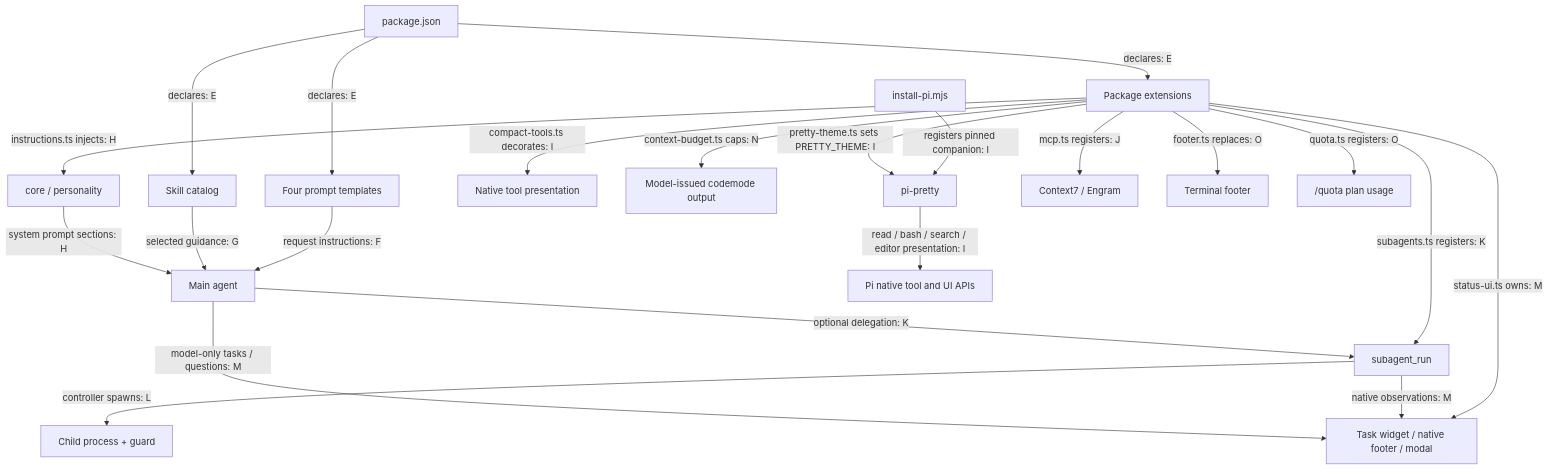
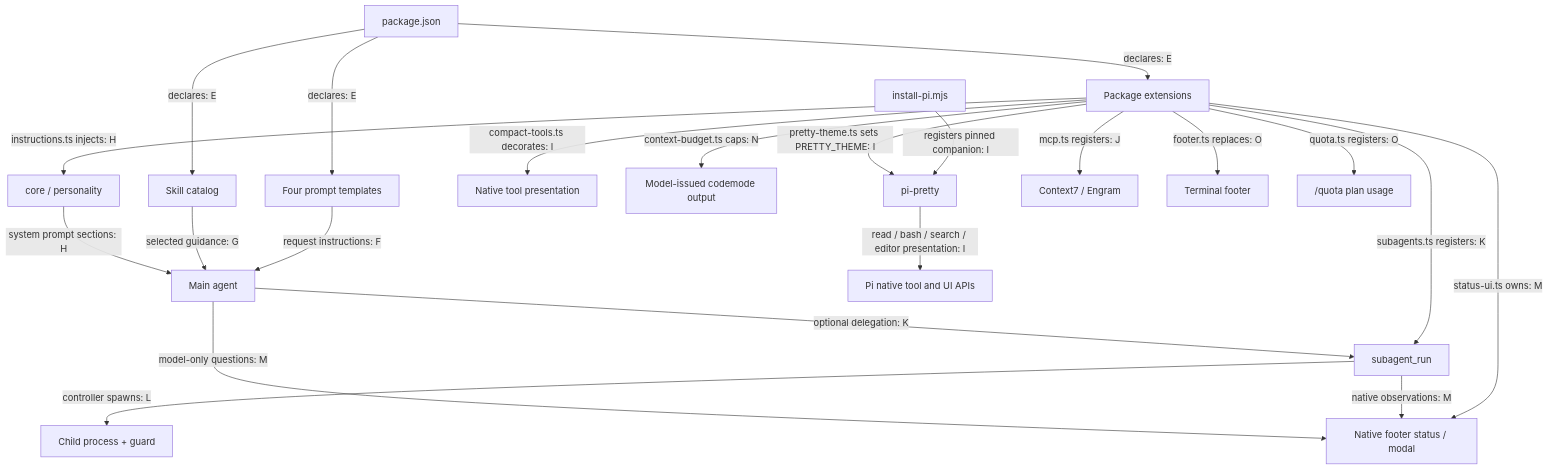
Before and after one commit to andresnator/pi-orchestraitor: the second of 2 diagrams in docs/architecture/index.md, drawn with Mermaid. The commit also changed other lines of this file and 21 other files, not shown here.

First line of the commit message:
feat(ui): remove the orchestraitor_tasks task board

````diff
--- a/docs/architecture/index.md
+++ b/docs/architecture/index.md
@@ -37,24 +37,24 @@
 ```mermaid
 flowchart TB
   M[package.json] -->|declares: E| X[Package extensions]
   M -->|declares: E| P[Four prompt templates]
   M -->|declares: E| S[Skill catalog]
   P -->|request instructions: F| A[Main agent]
   S -->|selected guidance: G| A
   X -->|instructions.ts injects: H| I[core / personality]
   I -->|system prompt sections: H| A
   X -->|compact-tools.ts decorates: I| T[Native tool presentation]
   X -->|context-budget.ts caps: N| CB[Model-issued codemode output]
   INS[install-pi.mjs] -->|registers pinned companion: I| PP[pi-pretty]
   X -->|pretty-theme.ts sets PRETTY_THEME: I| PP
   PP -->|read / bash / search / editor presentation: I| PUI[Pi native tool and UI APIs]
   X -->|mcp.ts registers: J| MCP[Context7 / Engram]
   X -->|subagents.ts registers: K| SR[subagent_run]
   A -->|optional delegation: K| SR
   SR -->|controller spawns: L| CH[Child process + guard]
-  X -->|status-ui.ts owns: M| UI[Task widget / native footer / modal]
+  X -->|status-ui.ts owns: M| UI[Native footer status / modal]
   SR -->|native observations: M| UI
-  A -->|model-only tasks / questions: M| UI
+  A -->|model-only questions: M| UI
   X -->|footer.ts replaces: O| FT[Terminal footer]
   X -->|quota.ts registers: O| Q["/quota plan usage"]
 ```
````
